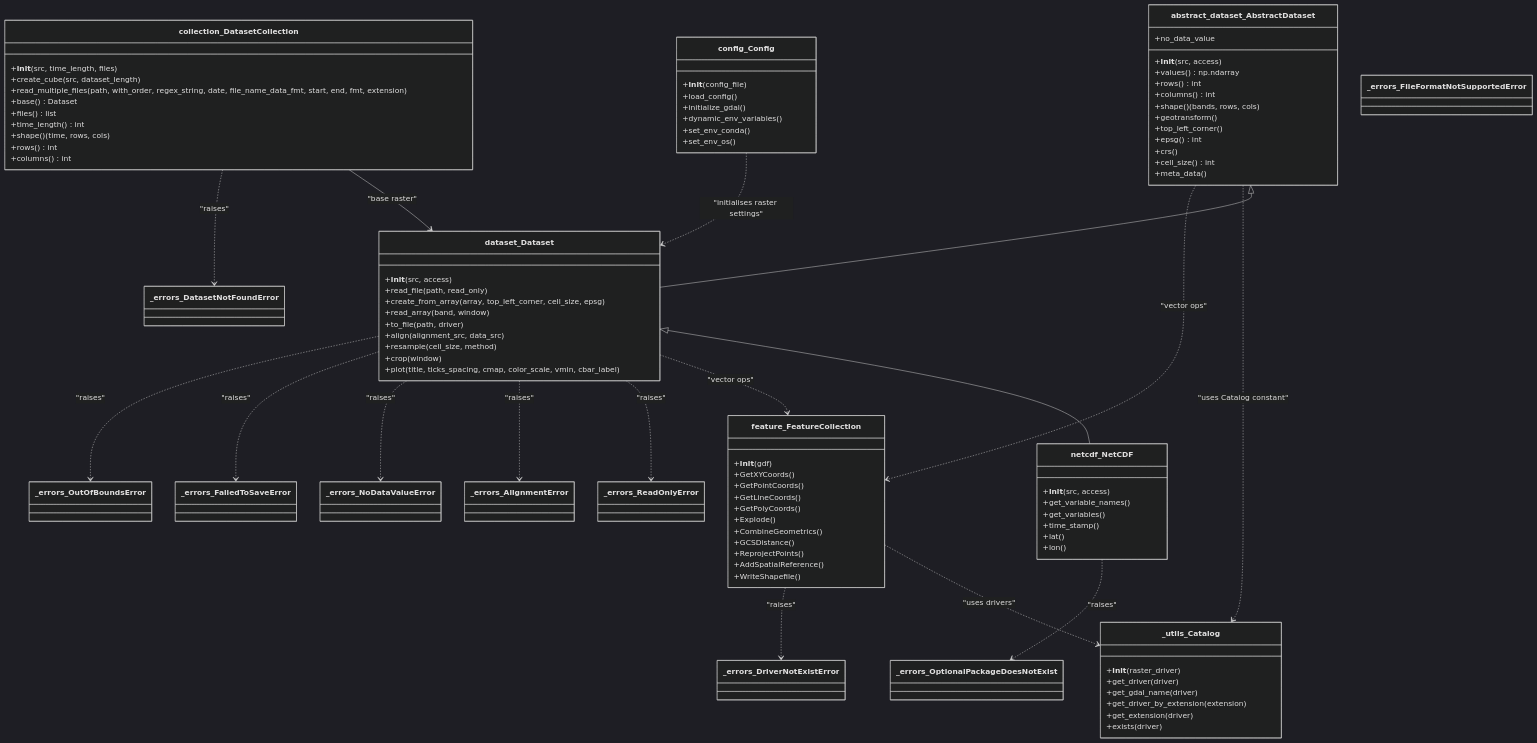
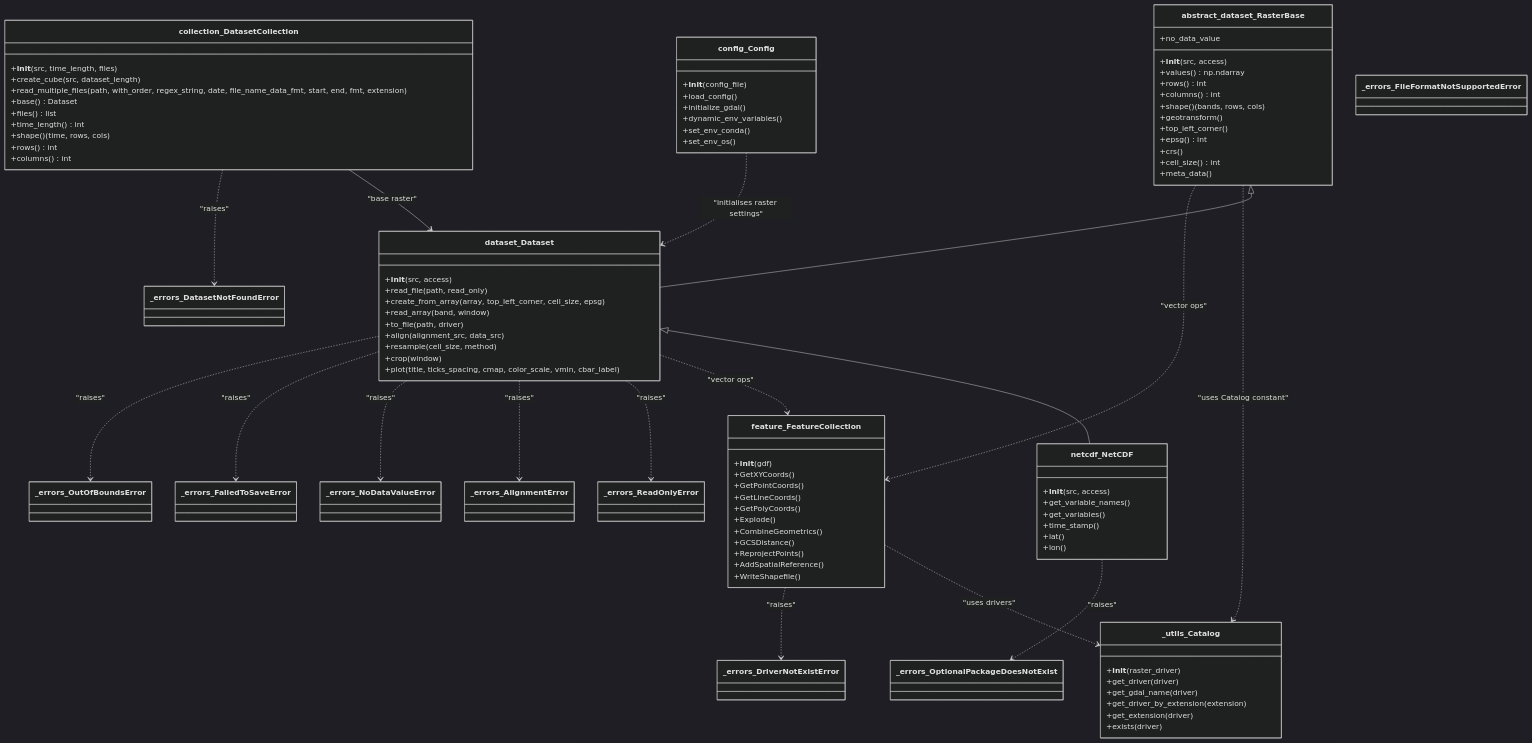
Before and after one commit to Serapieum-of-alex/pyramids: diagram 12 of 13 in docs/architecture/diagrams.md, drawn with Mermaid (dark theme). The commit also changed other lines of this file and 17 other files, not shown here.

First line of the commit message:
S3.3: Rename AbstractDataset → RasterBase

```diff
--- a/docs/architecture/diagrams.md
+++ b/docs/architecture/diagrams.md
@@ -162,7 +162,7 @@
     }
 
     %% abstract base class for rasters
-    class abstract_dataset_AbstractDataset {
+    class abstract_dataset_RasterBase {
         +__init__(src, access)
         +values() np.ndarray
         +rows() int
@@ -250,13 +250,13 @@
     class _errors_OutOfBoundsError
 
     %% inheritance relations
-    abstract_dataset_AbstractDataset <|-- dataset_Dataset
+    abstract_dataset_RasterBase <|-- dataset_Dataset
     dataset_Dataset <|-- netcdf_NetCDF
 
     %% composition/usage relations
     collection_DatasetCollection --> dataset_Dataset : "base raster"
-    abstract_dataset_AbstractDataset ..> _utils_Catalog : "uses Catalog constant"
-    abstract_dataset_AbstractDataset ..> feature_FeatureCollection : "vector ops"
+    abstract_dataset_RasterBase ..> _utils_Catalog : "uses Catalog constant"
+    abstract_dataset_RasterBase ..> feature_FeatureCollection : "vector ops"
     dataset_Dataset ..> feature_FeatureCollection : "vector ops"
     feature_FeatureCollection ..> _utils_Catalog : "uses drivers"
     dataset_Dataset ..> _errors_ReadOnlyError : "raises"
```
